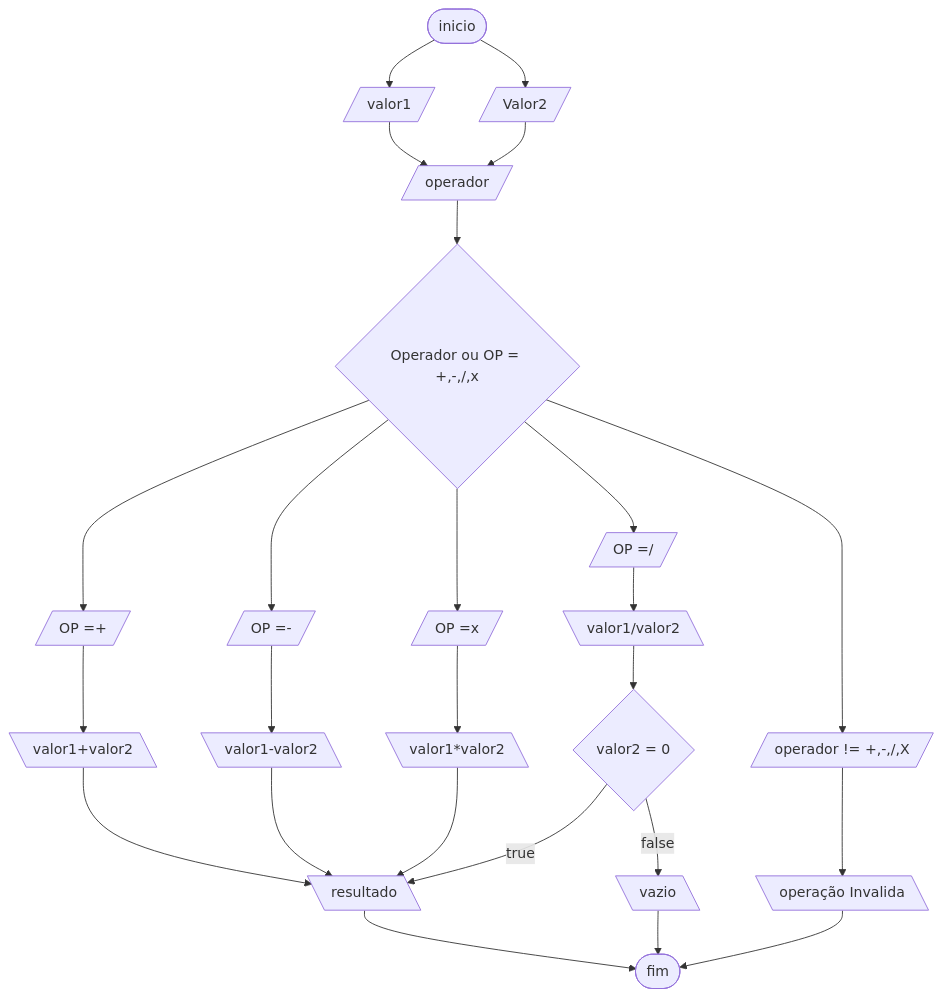
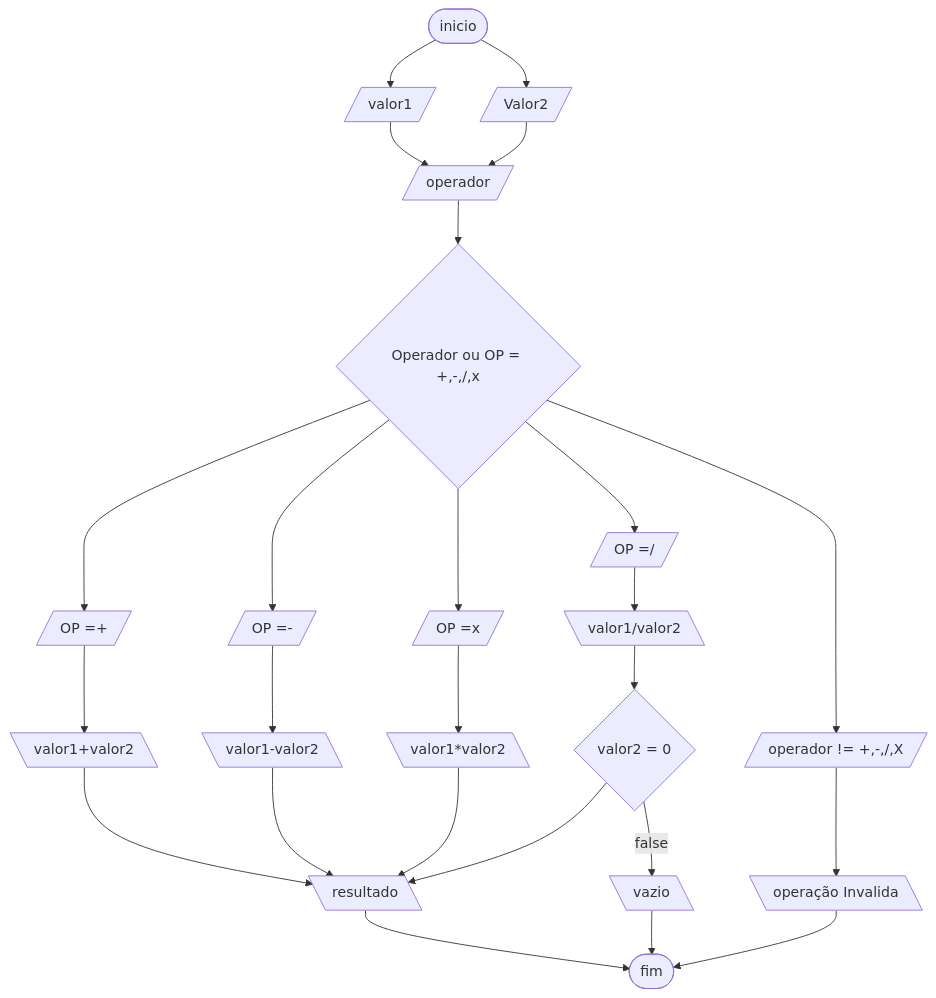
One commit to jcamauricio2006-boop/mini-projetos changed the diagram in calculadoraJS/fluxograma-001.md. Above: the diagram before and after it, drawn with Mermaid.

````diff
--- a/calculadoraJS/fluxograma-001.md
+++ b/calculadoraJS/fluxograma-001.md
@@ -2,47 +2,47 @@
 ```mermaid
 graph TD
 A([inicio])
 C[/valor1/]
 D[/Valor2/]
 B([fim])
 E{Operador ou OP = +,-,/,x}
 F[/OP =+/]
 G[/OP =-/]
 H[/OP =//]
 I[/OP =x/]
 J[\operação Invalida\]
 K[\vazio\]
 L[\valor1+valor2\]
 M[\valor1-valor2\]
 N[\valor1*valor2\]
 O[\valor1/valor2\]
 P{valor2 = 0}
 R[\resultado\]
 S[/operador != +,-,/,X/]
 T[/operador/]
 
 A--> C
 A--> D
 E--> F
 E --> G
 E--> H
 E --> I
 F--> L
 G-->M
 H-->O
 O-->P
 P --false--> K
 I-->N
 L --> R
 M -->R
 N--> R
-P --true --> R
+P --> R
 E --> S
 S--> J
 C--> T
 D--> T
 R--> B
 T-->E
 K-->B
 J-->B
 ```
````
